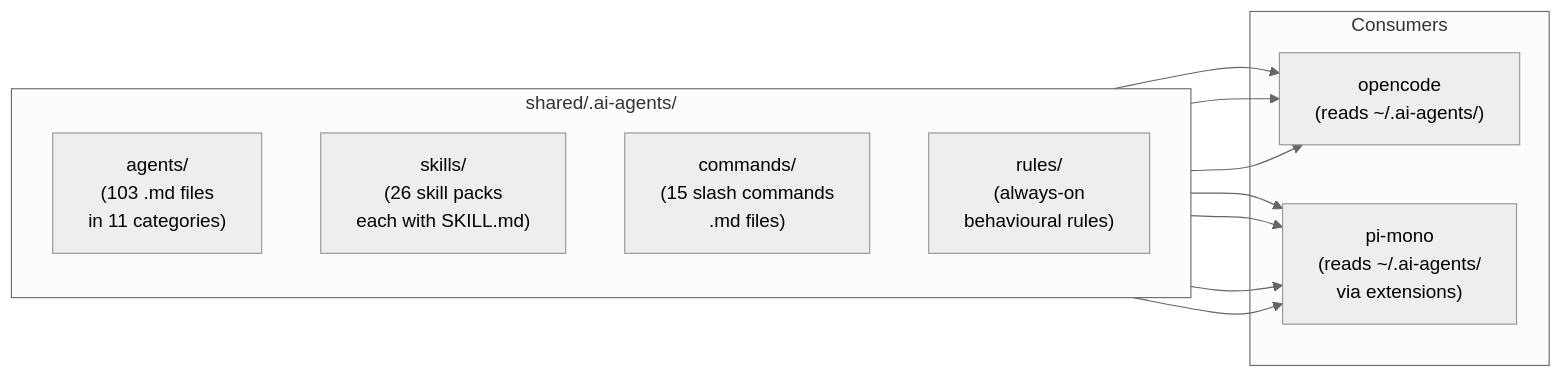
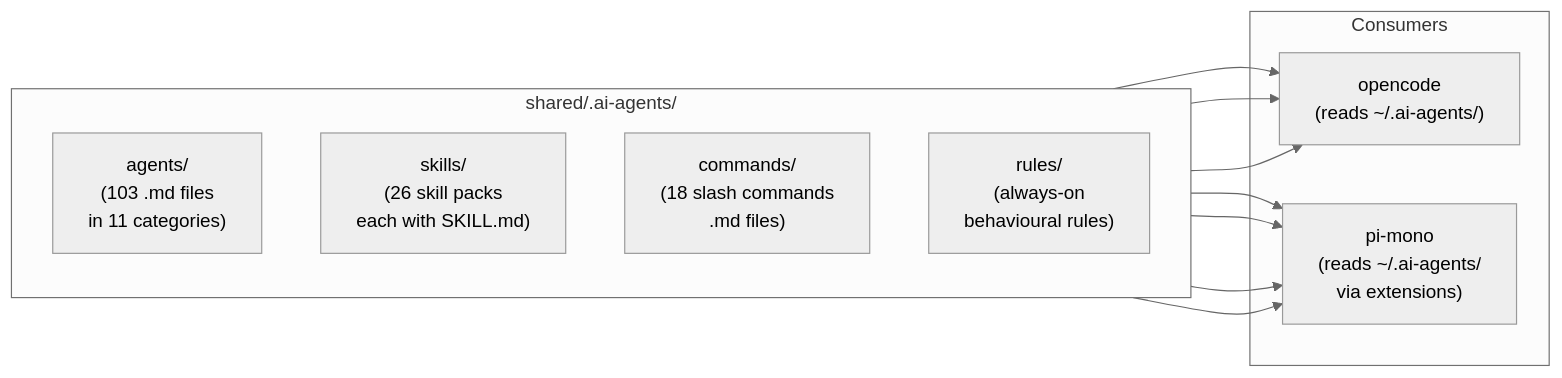
The second of 6 diagrams in docs/ARCHITECTURE.md (jjmartres/ai-coding-agents), drawn with Mermaid (neutral theme) before and after one commit. The commit also changed 4 other files, not shown here.

````diff
--- a/docs/ARCHITECTURE.md
+++ b/docs/ARCHITECTURE.md
@@ -81,23 +81,23 @@
 ```mermaid
 flowchart LR
     subgraph shared["shared/.ai-agents/"]
         direction TB
         agents["agents/\n(103 .md files\nin 11 categories)"]
         skills["skills/\n(26 skill packs\neach with SKILL.md)"]
-        commands["commands/\n(15 slash commands\n.md files)"]
+        commands["commands/\n(18 slash commands\n.md files)"]
         rules["rules/\n(always-on\nbehavioural rules)"]
     end
 
     subgraph consumers["Consumers"]
         oc["opencode\n(reads ~/.ai-agents/)"]
         pi["pi-mono\n(reads ~/.ai-agents/\nvia extensions)"]
     end
 
     agents --> oc
     agents --> pi
     skills --> oc
     skills --> pi
     commands --> oc
     commands --> pi
     rules --> pi
 ```
````
